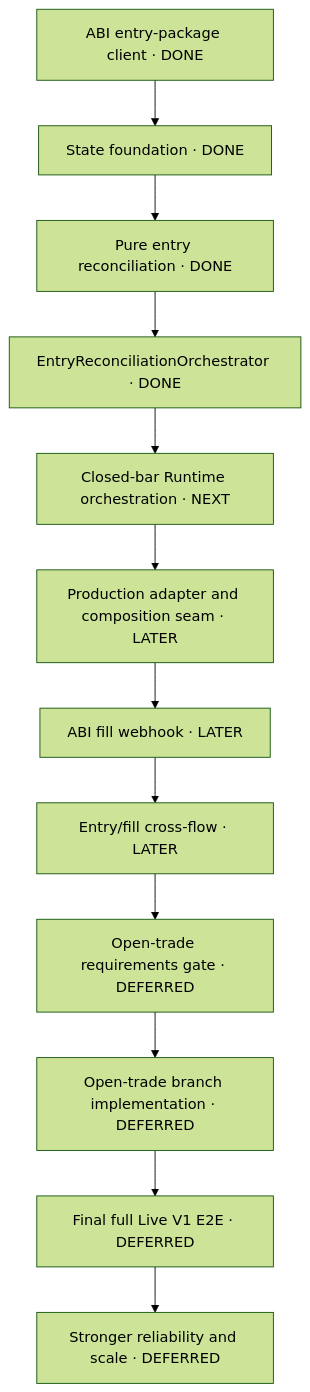
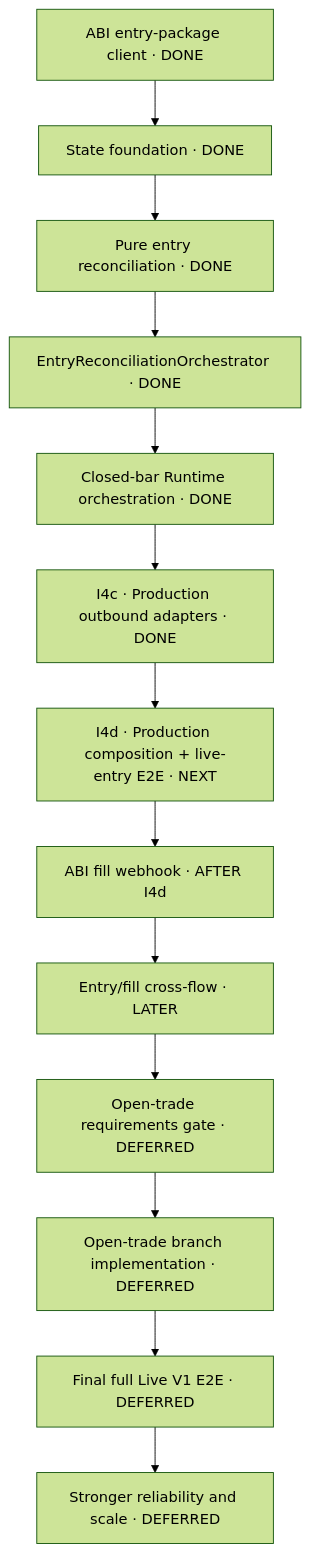
One commit to roman-vyl/strategy_runtime changed the diagram in docs/system-plans/runtime-abi-entry-delivery-map.md. Above: the diagram before and after it, drawn with Mermaid (forest theme). The commit also changed other lines of this file and 44 other files, not shown here.

First line of the commit message:
feat(runtime): I4c/I4d production outbound integration (Engine/ABI HTTP clients, entry-execution bridge)

````diff
--- a/docs/system-plans/runtime-abi-entry-delivery-map.md
+++ b/docs/system-plans/runtime-abi-entry-delivery-map.md
@@ -25,19 +25,20 @@
 ```mermaid
 flowchart TD
     I1["ABI entry-package client · DONE"]
     I2["State foundation · DONE"]
     I3["Pure entry reconciliation · DONE"]
     I4A["EntryReconciliationOrchestrator · DONE"]
-    I4B["Closed-bar Runtime orchestration · NEXT"]
-    INTEGRATION["Production adapter and composition seam · LATER"]
-    I5["ABI fill webhook · LATER"]
+    I4B["Closed-bar Runtime orchestration · DONE"]
+    I4C["I4c · Production outbound adapters · DONE"]
+    I4D["I4d · Production composition + live-entry E2E · NEXT"]
+    I5["ABI fill webhook · AFTER I4d"]
     I6["Entry/fill cross-flow · LATER"]
     OPEN_GATE["Open-trade requirements gate · DEFERRED"]
     OPEN_IMPL["Open-trade branch implementation · DEFERRED"]
     FINAL["Final full Live V1 E2E · DEFERRED"]
     FUTURE["Stronger reliability and scale · DEFERRED"]
 
     I1 --> I2 --> I3 --> I4A --> I4B
-    I4B --> INTEGRATION --> I5 --> I6
+    I4B --> I4C --> I4D --> I5 --> I6
     I6 --> OPEN_GATE --> OPEN_IMPL --> FINAL --> FUTURE
 ```
````
